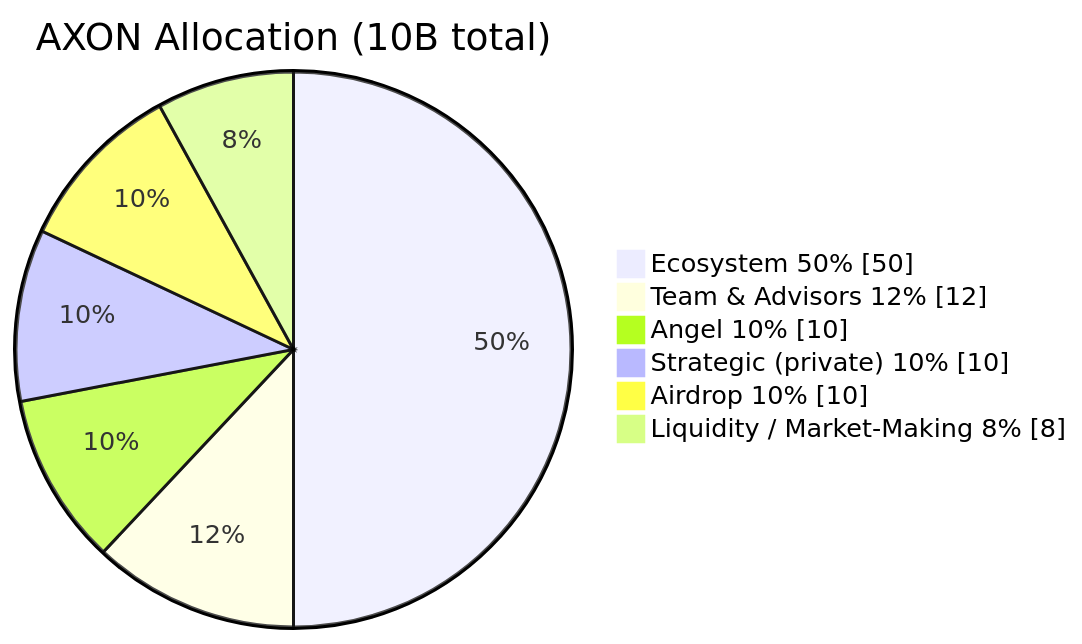
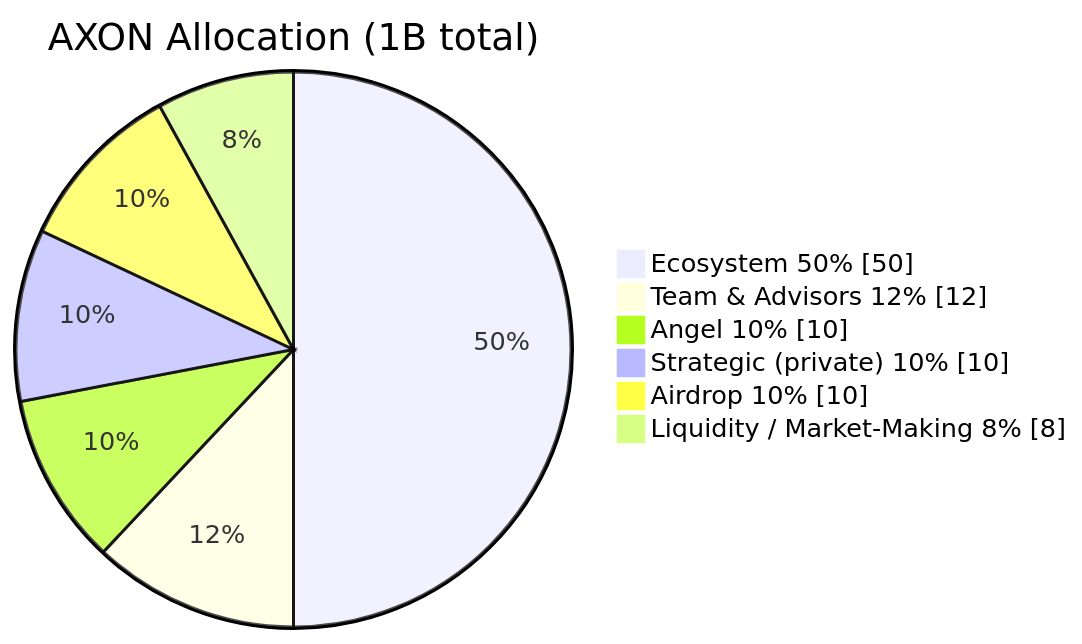
One commit to AIVIVEHQ/axon-whitepaper changed the diagram in en/part7-tokenomics/7-1-supply-allocation.md. Above: the diagram before and after it, drawn with Mermaid. The commit also changed other lines of this file and 9 other files, not shown here.

````diff
--- a/en/part7-tokenomics/7-1-supply-allocation.md
+++ b/en/part7-tokenomics/7-1-supply-allocation.md
@@ -34,10 +32,10 @@
 ```mermaid
 pie showData
-    title AXON Allocation (10B total)
+    title AXON Allocation (1B total)
     "Ecosystem 50%" : 50
     "Team & Advisors 12%" : 12
     "Angel 10%" : 10
     "Strategic (private) 10%" : 10
     "Airdrop 10%" : 10
     "Liquidity / Market-Making 8%" : 8
 ```
````
